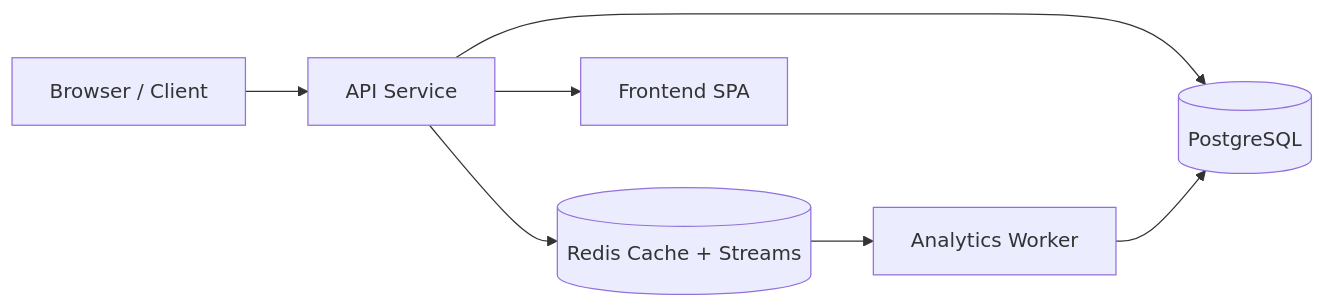
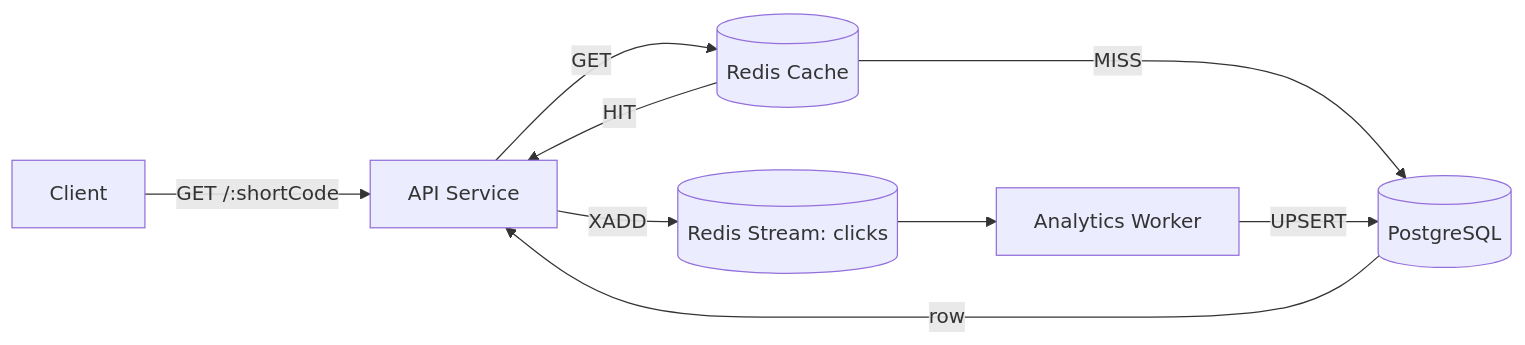
The first of 2 diagrams in README.md (ramalokeshreddyp/distributed-url-shortener), drawn with Mermaid before and after one commit. The commit also changed other lines of this file and 6 other files, not shown here.

Commit message:
docs: update README, architecture, projectdocumentation; add answers.md; update BENCHMARK

````diff
--- a/README.md
+++ b/README.md
@@ -9,9 +37,11 @@
 ```mermaid
 flowchart LR
-  User[Browser / Client] --> API[API Service]
-  API --> Redis[(Redis Cache + Streams)]
-  API --> DB[(PostgreSQL)]
-  Redis --> Worker[Analytics Worker]
-  Worker --> DB
-  API --> UI[Frontend SPA]
+  C[Client] -->|GET /:shortCode| API[API Service]
+  API -->|GET| Redis[(Redis Cache)]
+  Redis -->|HIT| API
+  Redis -->|MISS| Postgres[(PostgreSQL)]
+  Postgres -->|row| API
+  API -->|XADD| Stream[(Redis Stream: clicks)]
+  Stream --> Worker[Analytics Worker]
+  Worker -->|UPSERT| Postgres
 ```
````
